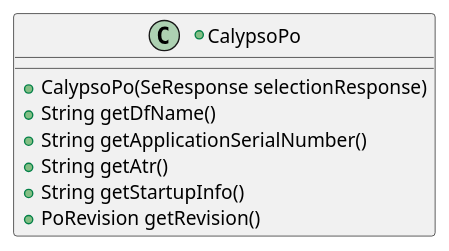
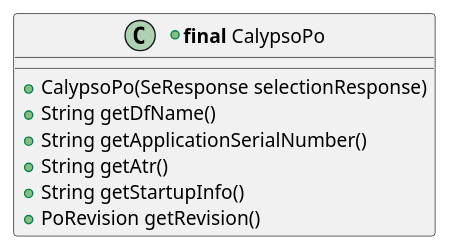
The second of 19 diagrams in src/KeypleCalypsoApi/ApplicationApi/puml/KeypleCalypso-ApplicationApi-ClassDiag-Transaction-ClassElements.iuml (calypsonet/keyple), drawn with PlantUML before and after one commit. The commit also changed other lines of this file and 27 other files, not shown here.

```diff
--- a/src/KeypleCalypsoApi/ApplicationApi/puml/KeypleCalypso-ApplicationApi-ClassDiag-Transaction-ClassElements.iuml
+++ b/src/KeypleCalypsoApi/ApplicationApi/puml/KeypleCalypso-ApplicationApi-ClassDiag-Transaction-ClassElements.iuml
@@ -21,10 +21,10 @@
-@startuml(id=TRANSACTION_PO_SHORT_0_8)
-+class CalypsoPo {
+@startuml(id=TRANSACTION_PO_SHORT_0_8_0)
++class "<b>final</b> CalypsoPo" as CalypsoPo {
   +CalypsoPo(SeResponse selectionResponse)
   +String getDfName()
   +String getApplicationSerialNumber()
   +String getAtr()
   +String getStartupInfo()
   +PoRevision getRevision()
 }
 @enduml
```
